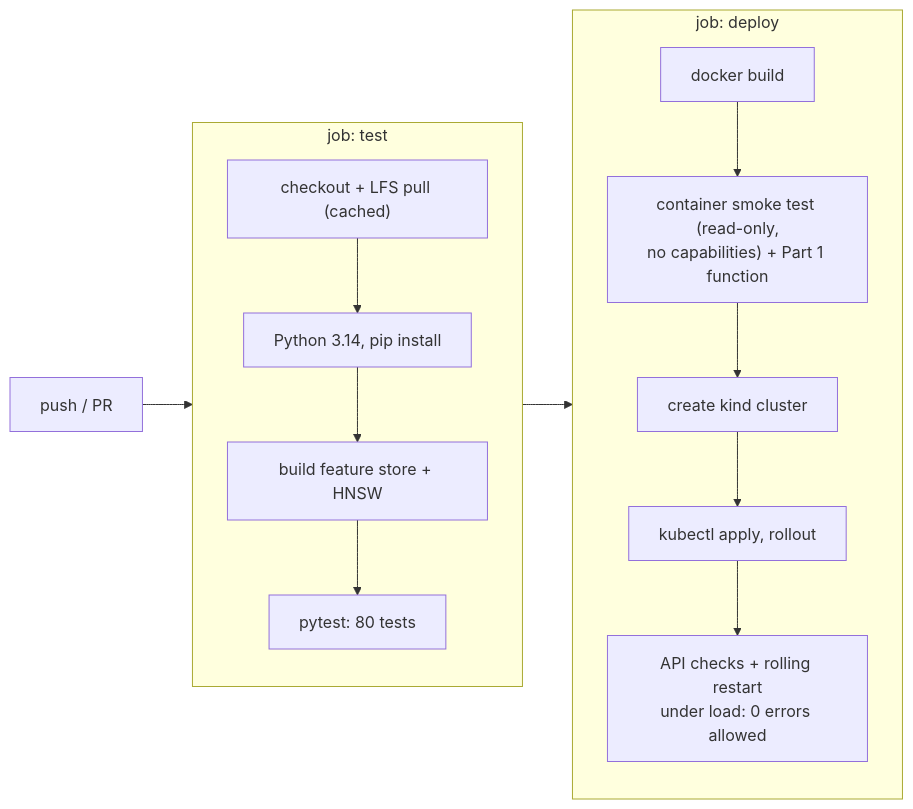
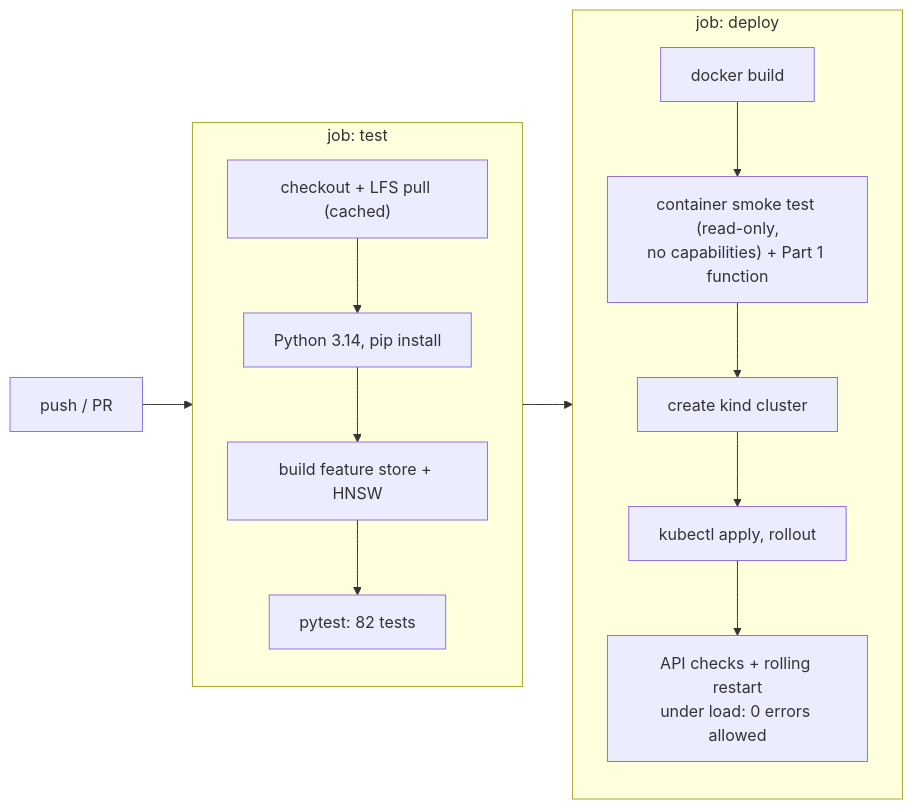
One commit to FairosMirza/sap-cxii-tech-ex-01_base changed the third of 3 diagrams in docs/REPORT.md. Above: the diagram before and after it, drawn with Mermaid. The commit also changed other lines of this file and 7 other files, not shown here.

````diff
--- a/docs/REPORT.md
+++ b/docs/REPORT.md
@@ -134,13 +134,13 @@
 ```mermaid
 flowchart LR
   P["push / PR"] --> T
   subgraph T["job: test"]
     direction TB
-    T1["checkout + LFS pull (cached)"] --> T2["Python 3.14, pip install"] --> T3["build feature store + HNSW"] --> T4["pytest: 80 tests"]
+    T1["checkout + LFS pull (cached)"] --> T2["Python 3.14, pip install"] --> T3["build feature store + HNSW"] --> T4["pytest: 82 tests"]
   end
   T --> D
   subgraph D["job: deploy"]
     direction TB
     D1["docker build"] --> D2["container smoke test (read-only,<br/>no capabilities) + Part 1 function"] --> D3["create kind cluster"] --> D4["kubectl apply, rollout"] --> D5["API checks + rolling restart<br/>under load: 0 errors allowed"]
   end
 ```
````
